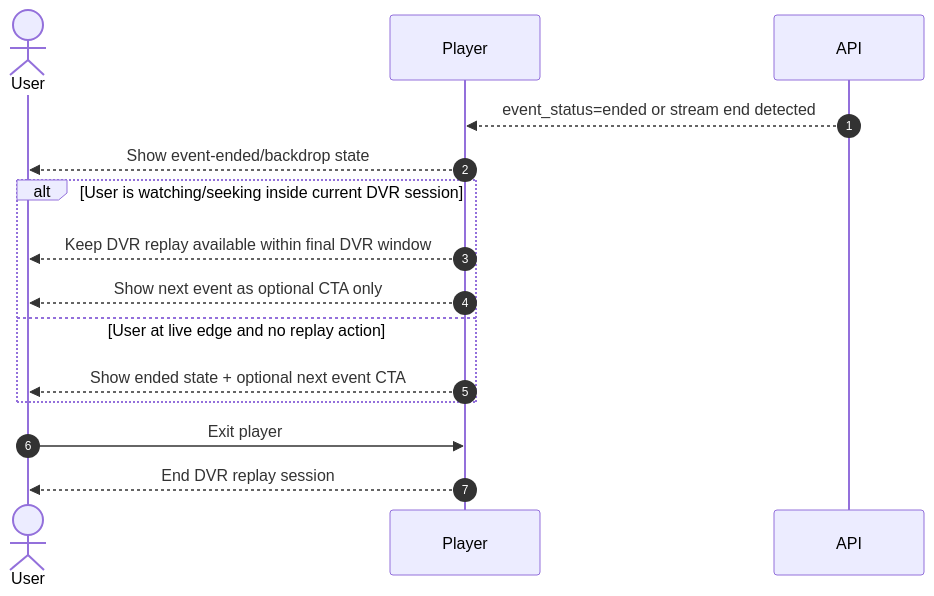
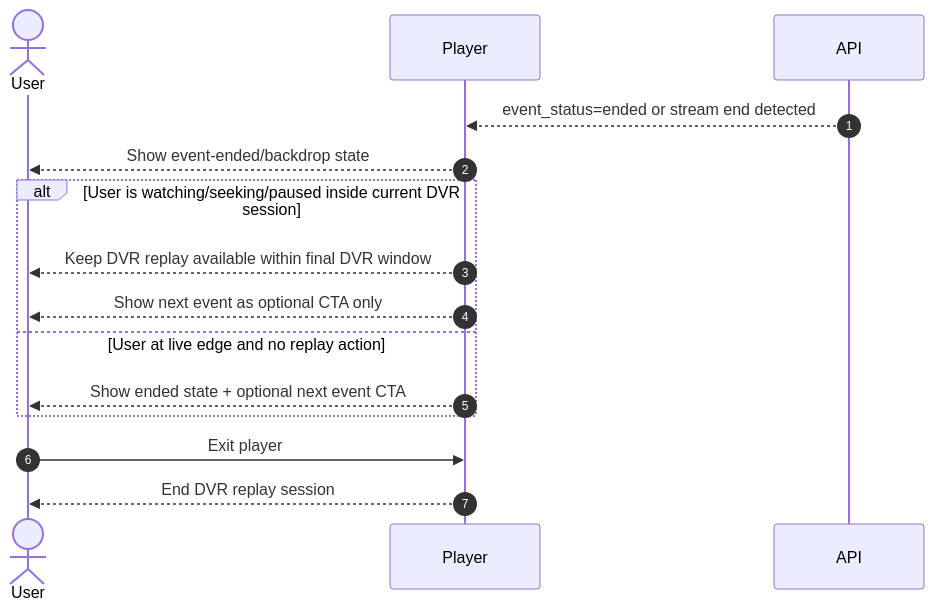
The fourth of 5 diagrams in features/final-docs/Event/Timeshift-Seek/timeshift-seek-functional-requirements.md (duongdang1136/FPTPLay), drawn with Mermaid before and after one commit. The commit also changed other lines of this file, not shown here.

````diff
--- a/features/final-docs/Event/Timeshift-Seek/timeshift-seek-functional-requirements.md
+++ b/features/final-docs/Event/Timeshift-Seek/timeshift-seek-functional-requirements.md
@@ -264,20 +306,20 @@
 ```mermaid
 sequenceDiagram
     autonumber
     actor User
     participant Player
     participant API
 
     API-->>Player: event_status=ended or stream end detected
     Player-->>User: Show event-ended/backdrop state
 
-    alt User is watching/seeking inside current DVR session
+    alt User is watching/seeking/paused inside current DVR session
         Player-->>User: Keep DVR replay available within final DVR window
         Player-->>User: Show next event as optional CTA only
     else User at live edge and no replay action
         Player-->>User: Show ended state + optional next event CTA
     end
 
     User->>Player: Exit player
     Player-->>User: End DVR replay session
 ```
````
